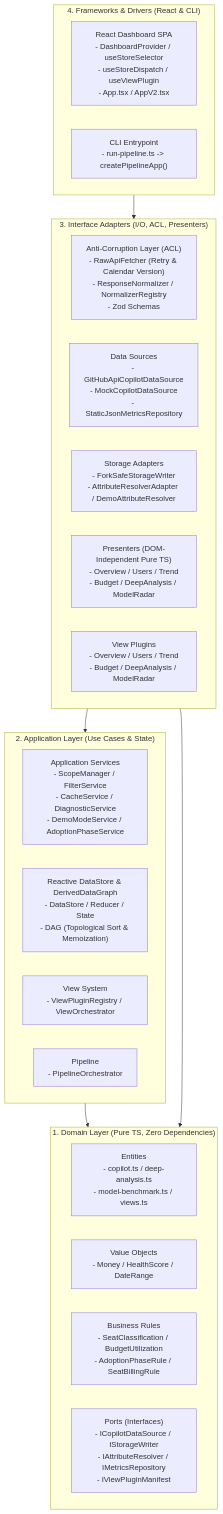
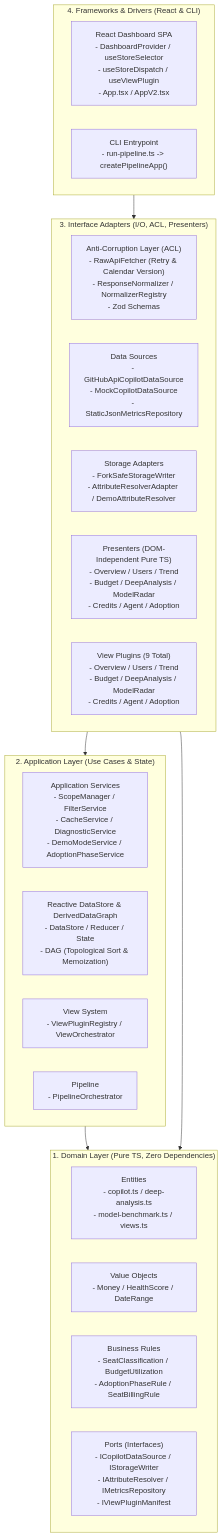
One commit to sun-flat-yamada/github-copilot-dashboard changed the second of 2 diagrams in docs/specifications/02_system_architecture.md. Above: the diagram before and after it, drawn with Mermaid. The commit also changed other lines of this file and 26 other files, not shown here.

Commit message:
feat: complete 9-view clean architecture with analytics and demo dataset (Phase 6-C) (#78)

````diff
--- a/docs/specifications/02_system_architecture.md
+++ b/docs/specifications/02_system_architecture.md
@@ -116,34 +116,34 @@
 ```mermaid
 flowchart TD
     subgraph Domain["1. Domain Layer (Pure TS, Zero Dependencies)"]
         Entities["Entities\n- copilot.ts / deep-analysis.ts\n- model-benchmark.ts / views.ts"]
         VO["Value Objects\n- Money / HealthScore / DateRange"]
         Rules["Business Rules\n- SeatClassification / BudgetUtilization\n- AdoptionPhaseRule / SeatBillingRule"]
         Ports["Ports (Interfaces)\n- ICopilotDataSource / IStorageWriter\n- IAttributeResolver / IMetricsRepository\n- IViewPluginManifest"]
     end
 
     subgraph Application["2. Application Layer (Use Cases & State)"]
         Services["Application Services\n- ScopeManager / FilterService\n- CacheService / DiagnosticService\n- DemoModeService / AdoptionPhaseService"]
         Store["Reactive DataStore & DerivedDataGraph\n- DataStore / Reducer / State\n- DAG (Topological Sort & Memoization)"]
         Views["View System\n- ViewPluginRegistry / ViewOrchestrator"]
         Pipeline["Pipeline\n- PipelineOrchestrator"]
     end
 
     subgraph Adapters["3. Interface Adapters (I/O, ACL, Presenters)"]
         ACL["Anti-Corruption Layer (ACL)\n- RawApiFetcher (Retry & Calendar Version)\n- ResponseNormalizer / NormalizerRegistry\n- Zod Schemas"]
         DataSources["Data Sources\n- GitHubApiCopilotDataSource\n- MockCopilotDataSource\n- StaticJsonMetricsRepository"]
         StorageAdapters["Storage Adapters\n- ForkSafeStorageWriter\n- AttributeResolverAdapter / DemoAttributeResolver"]
-        Presenters["Presenters (DOM-Independent Pure TS)\n- Overview / Users / Trend\n- Budget / DeepAnalysis / ModelRadar"]
-        ViewPlugins["View Plugins\n- Overview / Users / Trend\n- Budget / DeepAnalysis / ModelRadar"]
+        Presenters["Presenters (DOM-Independent Pure TS)\n- Overview / Users / Trend\n- Budget / DeepAnalysis / ModelRadar\n- Credits / Agent / Adoption"]
+        ViewPlugins["View Plugins (9 Total)\n- Overview / Users / Trend\n- Budget / DeepAnalysis / ModelRadar\n- Credits / Agent / Adoption"]
     end
 
     subgraph Frameworks["4. Frameworks & Drivers (React & CLI)"]
         ReactUI["React Dashboard SPA\n- DashboardProvider / useStoreSelector\n- useStoreDispatch / useViewPlugin\n- App.tsx / AppV2.tsx"]
         CLI["CLI Entrypoint\n- run-pipeline.ts -> createPipelineApp()"]
     end
 
     Frameworks --> Adapters
     Adapters --> Application
     Application --> Domain
     Adapters --> Domain
 ```
````
